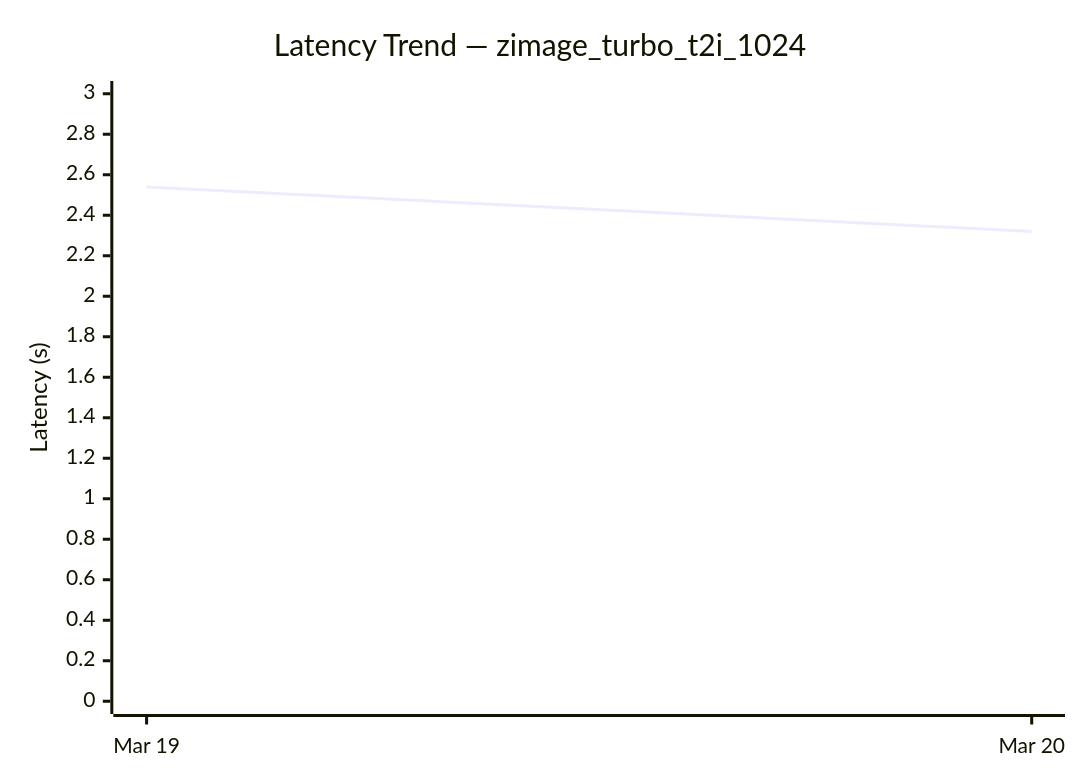
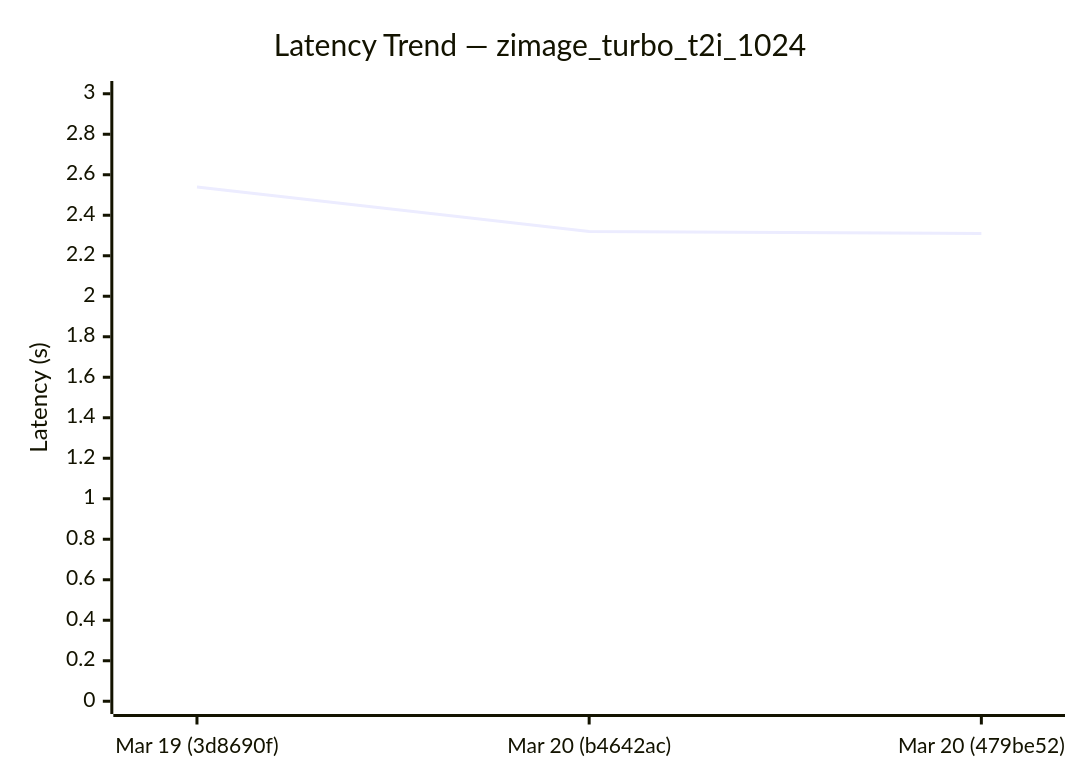
The fifth of 9 diagrams in diffusion-comparisons/dashboard.md (sglang-bot/sglang-ci-data), drawn with Mermaid before and after one commit. The commit also changed other lines of this file and 1 other file, not shown here.

````diff
--- a/diffusion-comparisons/dashboard.md
+++ b/diffusion-comparisons/dashboard.md
@@ -80,7 +81,7 @@
 ```mermaid
 xychart-beta
   title "Latency Trend — zimage_turbo_t2i_1024"
-  x-axis ["Mar 19", "Mar 20"]
+  x-axis ["Mar 19 (3d8690f)", "Mar 20 (b4642ac)", "Mar 20 (479be52)"]
   y-axis "Latency (s)" 0 --> 3
-  line [2.54, 2.32]
+  line [2.54, 2.32, 2.31]
 ```
````
